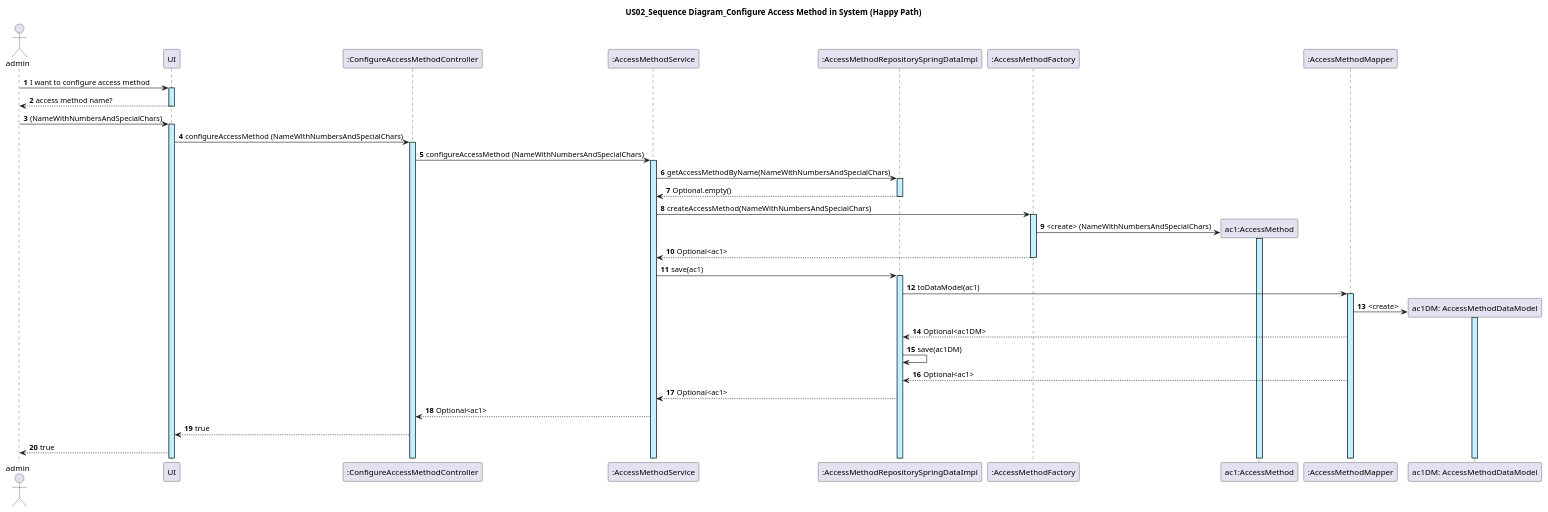
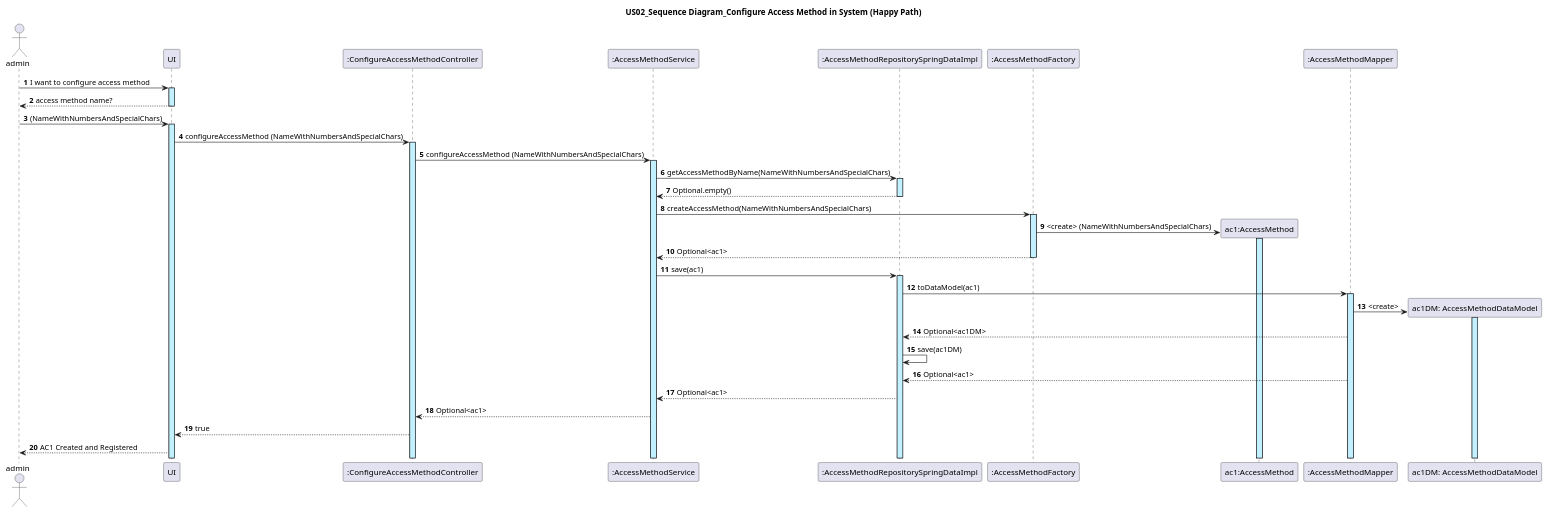
The diagram in docs/US02/US02_ConfigureAccessMethod_JPA_SequenceDiagram.puml (GasparISEP/DevOps-PAI), drawn with PlantUML before and after one commit.

Commit message:
Refactor message from UI to Admin on SD for JPA repository. refs #299

```diff
--- a/docs/US02/US02_ConfigureAccessMethod_JPA_SequenceDiagram.puml
+++ b/docs/US02/US02_ConfigureAccessMethod_JPA_SequenceDiagram.puml
@@ -1,31 +1,31 @@
 @startuml
 actor admin
 autonumber
 
 title: US02_Sequence Diagram_Configure Access Method in System (Happy Path)
 
 admin -> UI ++ #application : I want to configure access method
 UI --> admin -- : access method name?
 admin -> UI ++ #application :(NameWithNumbersAndSpecialChars)
     UI -> ":ConfigureAccessMethodController" as ConfigureAccessMethodController ++ #application : configureAccessMethod (NameWithNumbersAndSpecialChars)
 
 
 ConfigureAccessMethodController -> ":AccessMethodService" ++ #application : configureAccessMethod (NameWithNumbersAndSpecialChars)
 ":AccessMethodService" -> ":AccessMethodRepositorySpringDataImpl" ++ #application:  getAccessMethodByName(NameWithNumbersAndSpecialChars)
 ":AccessMethodRepositorySpringDataImpl" --> ":AccessMethodService" -- #application: Optional.empty()
 ":AccessMethodService" -> ":AccessMethodFactory" as AccessMethodFactory ++ #application: createAccessMethod(NameWithNumbersAndSpecialChars)
 create "ac1:AccessMethod" as AccessMethod
 AccessMethodFactory -> AccessMethod  ++ #application  : <create> (NameWithNumbersAndSpecialChars)
 AccessMethodFactory --> ":AccessMethodService" -- : Optional<ac1>
 ":AccessMethodService" -> ":AccessMethodRepositorySpringDataImpl" ++ #application: save(ac1)
 ":AccessMethodRepositorySpringDataImpl" -> ":AccessMethodMapper" ++ #application: toDataModel(ac1)
 create "ac1DM: AccessMethodDataModel" as AccessMethodDataModel
 ":AccessMethodMapper" -> AccessMethodDataModel ++ #application: <create>
 ":AccessMethodMapper" --> ":AccessMethodRepositorySpringDataImpl": Optional<ac1DM>
 ":AccessMethodRepositorySpringDataImpl" -> ":AccessMethodRepositorySpringDataImpl": save(ac1DM)
 ":AccessMethodMapper" --> ":AccessMethodRepositorySpringDataImpl": Optional<ac1>
 ":AccessMethodRepositorySpringDataImpl" --> ":AccessMethodService": Optional<ac1>
 ":AccessMethodService" --> ConfigureAccessMethodController: Optional<ac1>
 ConfigureAccessMethodController --> UI: true
-UI --> admin: true
+UI --> admin: AC1 Created and Registered
 @enduml
```
